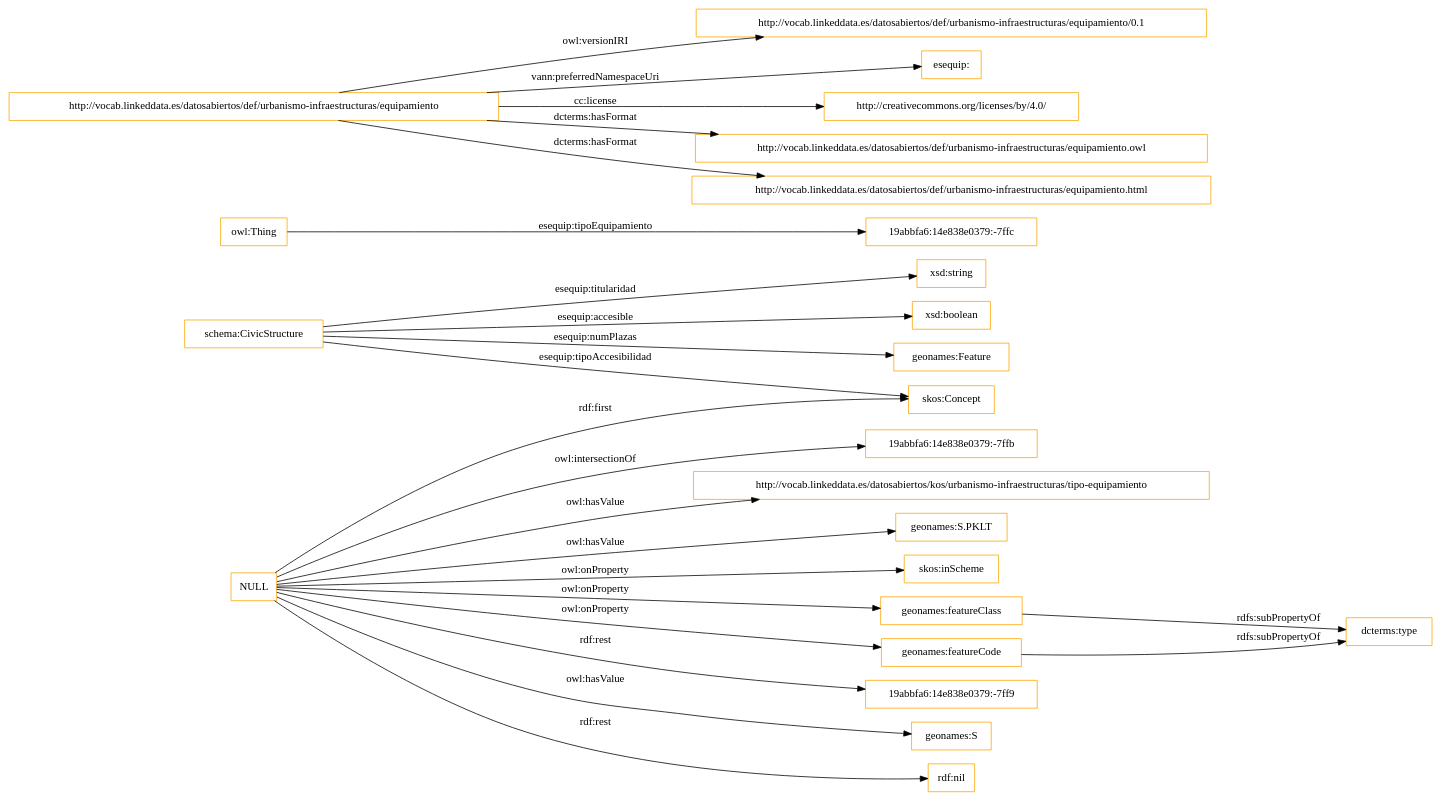
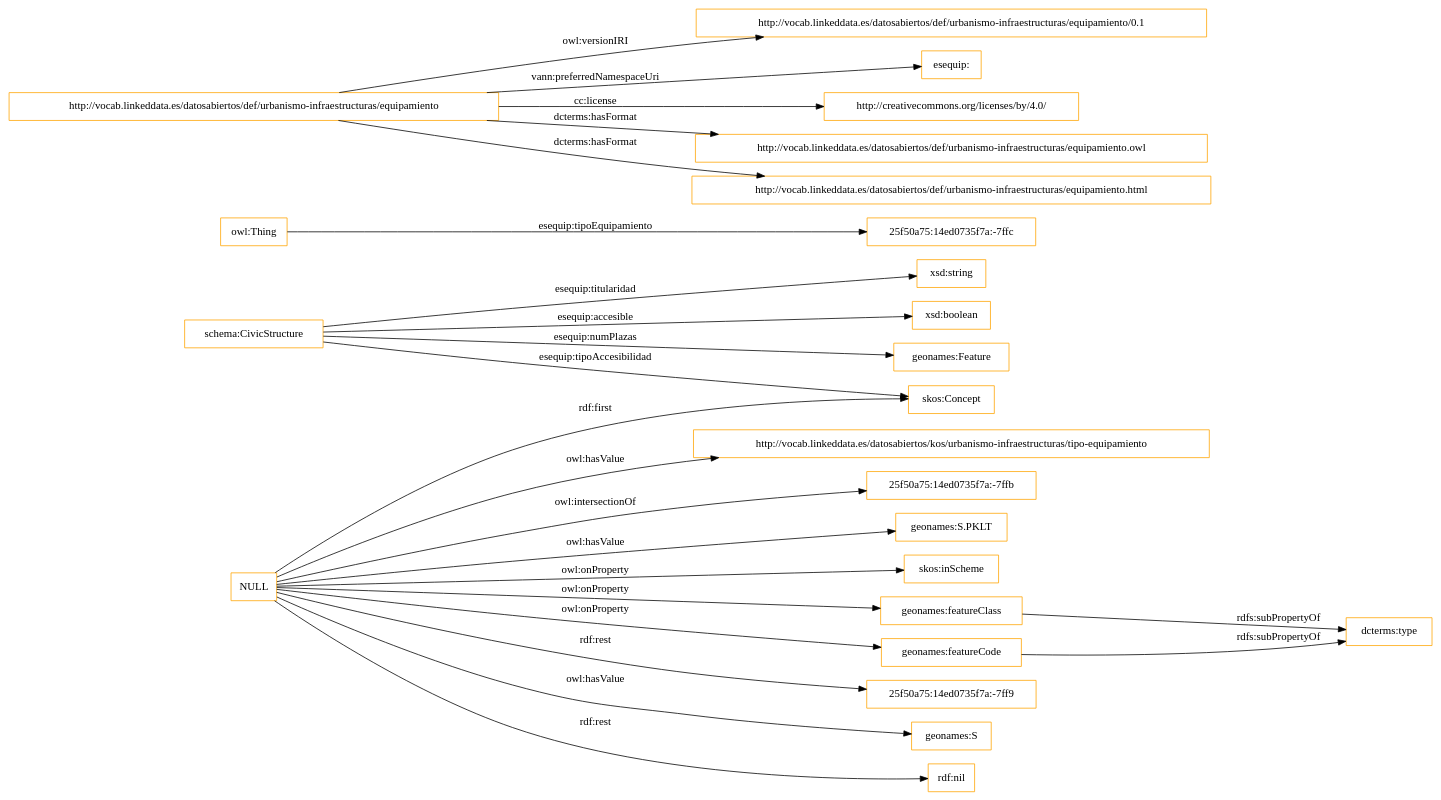
One commit to opencitydata/vocabularios-datos-abiertos changed the diagram in OnToology/urbanismo-infraestructuras/equipamiento.owl/diagrams/ar2dtool-class/equipamiento.owl.png.dot. Above: the diagram before and after it, drawn with Graphviz. The commit also changed 6 other files, not shown here.

```diff
--- a/OnToology/urbanismo-infraestructuras/equipamiento.owl/diagrams/ar2dtool-class/equipamiento.owl.png.dot
+++ b/OnToology/urbanismo-infraestructuras/equipamiento.owl/diagrams/ar2dtool-class/equipamiento.owl.png.dot
@@ -1,28 +1,28 @@
 digraph ar2dtool_diagram { 
 rankdir=LR;
 size="1501"
-node [shape = rectangle, color="orange"]; "skos:Concept" "schema:CivicStructure" "geonames:Feature" "19abbfa6:14e838e0379:-7ffc" ; /*classes style*/
+node [shape = rectangle, color="orange"]; "skos:Concept" "schema:CivicStructure" "geonames:Feature" "25f50a75:14ed0735f7a:-7ffc" ; /*classes style*/
 	"geonames:featureClass" -> "dcterms:type" [ label = "rdfs:subPropertyOf" ];
 	"http://vocab.linkeddata.es/datosabiertos/def/urbanismo-infraestructuras/equipamiento" -> "http://vocab.linkeddata.es/datosabiertos/def/urbanismo-infraestructuras/equipamiento/0.1" [ label = "owl:versionIRI" ];
 	"http://vocab.linkeddata.es/datosabiertos/def/urbanismo-infraestructuras/equipamiento" -> "esequip:" [ label = "vann:preferredNamespaceUri" ];
 	"http://vocab.linkeddata.es/datosabiertos/def/urbanismo-infraestructuras/equipamiento" -> "http://creativecommons.org/licenses/by/4.0/" [ label = "cc:license" ];
 	"http://vocab.linkeddata.es/datosabiertos/def/urbanismo-infraestructuras/equipamiento" -> "http://vocab.linkeddata.es/datosabiertos/def/urbanismo-infraestructuras/equipamiento.owl" [ label = "dcterms:hasFormat" ];
 	"http://vocab.linkeddata.es/datosabiertos/def/urbanismo-infraestructuras/equipamiento" -> "http://vocab.linkeddata.es/datosabiertos/def/urbanismo-infraestructuras/equipamiento.html" [ label = "dcterms:hasFormat" ];
 	"NULL" -> "geonames:featureCode" [ label = "owl:onProperty" ];
-	"NULL" -> "19abbfa6:14e838e0379:-7ff9" [ label = "rdf:rest" ];
+	"NULL" -> "25f50a75:14ed0735f7a:-7ff9" [ label = "rdf:rest" ];
 	"NULL" -> "skos:Concept" [ label = "rdf:first" ];
 	"NULL" -> "geonames:S" [ label = "owl:hasValue" ];
 	"NULL" -> "rdf:nil" [ label = "rdf:rest" ];
-	"NULL" -> "19abbfa6:14e838e0379:-7ffb" [ label = "owl:intersectionOf" ];
 	"NULL" -> "http://vocab.linkeddata.es/datosabiertos/kos/urbanismo-infraestructuras/tipo-equipamiento" [ label = "owl:hasValue" ];
+	"NULL" -> "25f50a75:14ed0735f7a:-7ffb" [ label = "owl:intersectionOf" ];
 	"NULL" -> "geonames:featureClass" [ label = "owl:onProperty" ];
 	"NULL" -> "geonames:S.PKLT" [ label = "owl:hasValue" ];
 	"NULL" -> "skos:inScheme" [ label = "owl:onProperty" ];
 	"geonames:featureCode" -> "dcterms:type" [ label = "rdfs:subPropertyOf" ];
 	"schema:CivicStructure" -> "geonames:Feature" [ label = "esequip:numPlazas" ];
 	"schema:CivicStructure" -> "skos:Concept" [ label = "esequip:tipoAccesibilidad" ];
 	"schema:CivicStructure" -> "xsd:string" [ label = "esequip:titularidad" ];
 	"schema:CivicStructure" -> "xsd:boolean" [ label = "esequip:accesible" ];
-	"owl:Thing" -> "19abbfa6:14e838e0379:-7ffc" [ label = "esequip:tipoEquipamiento" ];
+	"owl:Thing" -> "25f50a75:14ed0735f7a:-7ffc" [ label = "esequip:tipoEquipamiento" ];
 
 }
```
